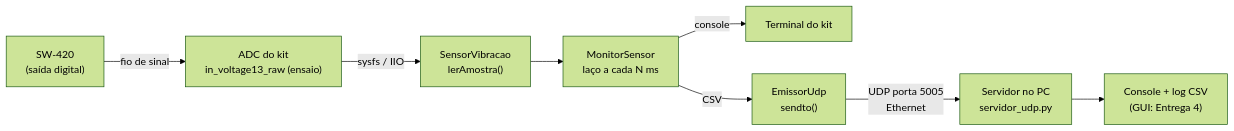
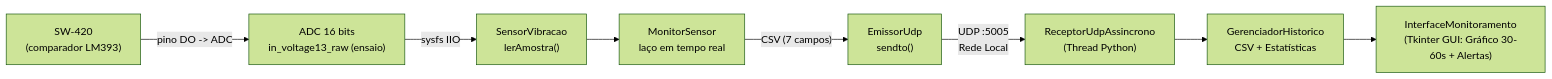
One commit to Evolupta/sensor-vibracao-sw420 changed the first of 2 diagrams in README.md. Above: the diagram before and after it, drawn with Mermaid (forest theme). The commit also changed other lines of this file and 12 other files, not shown here.

````diff
--- a/README.md
+++ b/README.md
@@ -16,10 +20,10 @@
 ```mermaid
 flowchart LR
-    A["SW-420<br/>(saída digital)"] -->|"fio de sinal"| B["ADC do kit<br/>in_voltage13_raw (ensaio)"]
-    B -->|"sysfs / IIO"| C["SensorVibracao<br/>lerAmostra()"]
-    C --> D["MonitorSensor<br/>laço a cada N ms"]
-    D -->|"console"| E["Terminal do kit"]
-    D -->|"CSV"| F["EmissorUdp<br/>sendto()"]
-    F -->|"UDP porta 5005<br/>Ethernet"| G["Servidor no PC<br/>servidor_udp.py"]
-    G --> H["Console + log CSV<br/>(GUI: Entrega 4)"]
+    A["SW-420<br/>(comparador LM393)"] -->|"pino DO -> ADC"| B["ADC 16 bits<br/>in_voltage13_raw (ensaio)"]
+    B -->|"sysfs IIO"| C["SensorVibracao<br/>lerAmostra()"]
+    C --> D["MonitorSensor<br/>laço em tempo real"]
+    D -->|"CSV (7 campos)"| E["EmissorUdp<br/>sendto()"]
+    E -->|"UDP :5005<br/>Rede Local"| F["ReceptorUdpAssincrono<br/>(Thread Python)"]
+    F --> G["GerenciadorHistorico<br/>CSV + Estatísticas"]
+    G --> H["InterfaceMonitoramento<br/>(Tkinter GUI: Gráfico 30-60s + Alertas)"]
 ```
````
